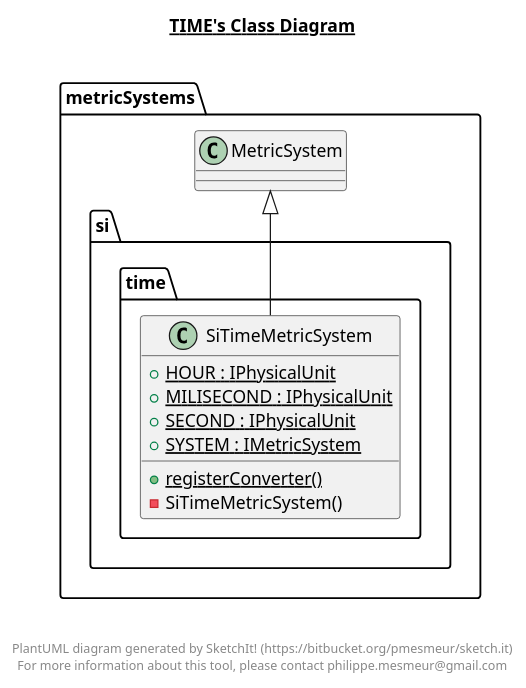
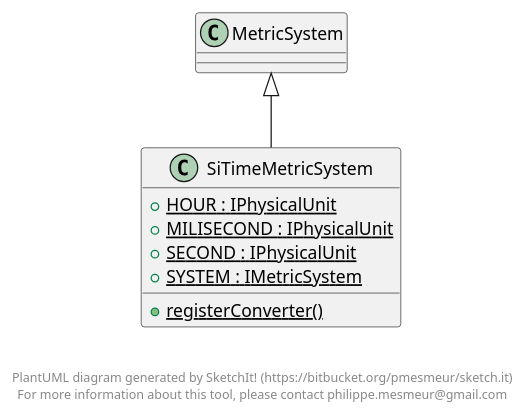
Before and after one commit to leandroGO/ADSOF_2020: the diagram in P4/src/metricSystems/si/time/time.plantuml, drawn with PlantUML. The commit also changed 9 other files, not shown here.

```diff
--- a/P4/src/metricSystems/si/time/time.plantuml
+++ b/P4/src/metricSystems/si/time/time.plantuml
@@ -1,29 +1,22 @@
 @startuml
 
-title __TIME's Class Diagram__\n
-
-  namespace metricSystems {
-    namespace si.time {
-      class metricSystems.si.time.SiTimeMetricSystem {
+      class SiTimeMetricSystem {
           {static} + HOUR : IPhysicalUnit
           {static} + MILISECOND : IPhysicalUnit
           {static} + SECOND : IPhysicalUnit
           {static} + SYSTEM : IMetricSystem
           {static} + registerConverter()
-          - SiTimeMetricSystem()
       }
-    }
-  }
   
 
-  metricSystems.si.time.SiTimeMetricSystem -up-|> metricSystems.MetricSystem
+SiTimeMetricSystem -up-|> MetricSystem
 
 
 right footer
 
 
 PlantUML diagram generated by SketchIt! (https://bitbucket.org/pmesmeur/sketch.it)
 For more information about this tool, please contact philippe.mesmeur@gmail.com
 endfooter
 
 @enduml
```
